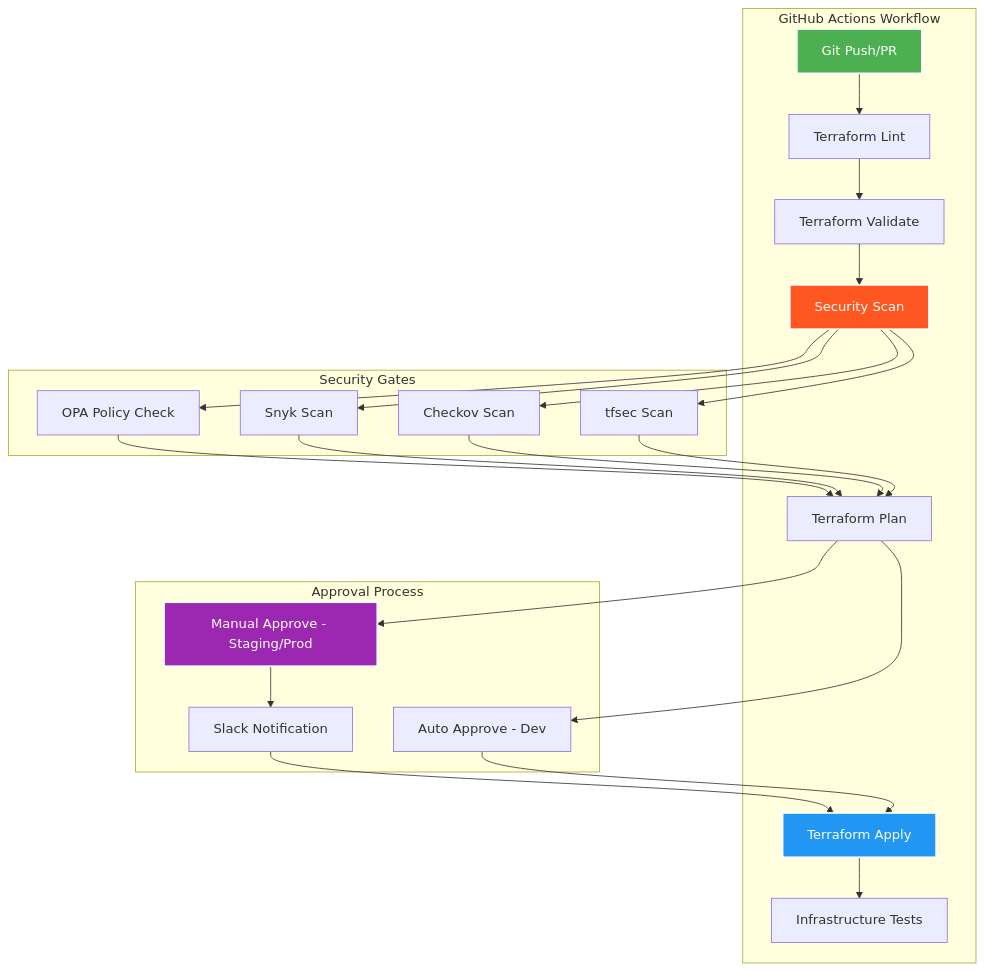
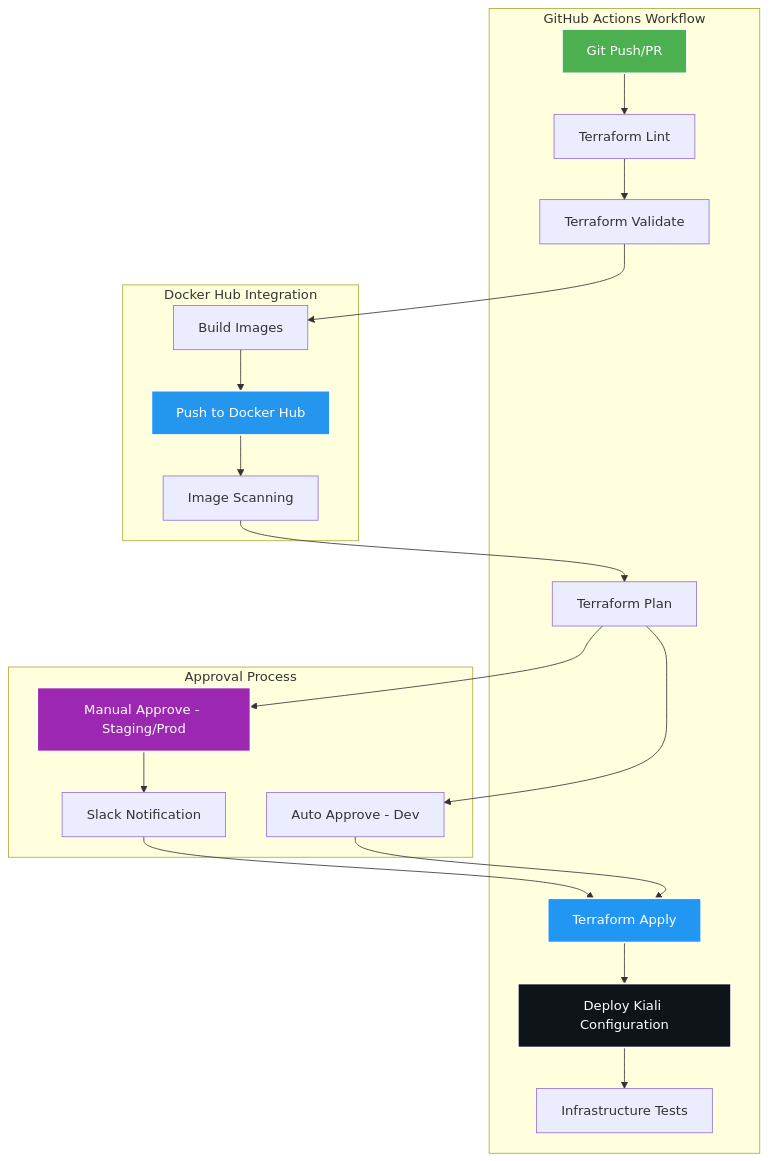
The seventh of 9 diagrams in README.md (Saoudyahya/Ecommerce-App-Terraform-config), drawn with Mermaid before and after one commit. The commit also changed other lines of this file, not shown here.

````diff
--- a/README.md
+++ b/README.md
@@ -621,53 +734,47 @@
 ```mermaid
 graph TB
     subgraph "GitHub Actions Workflow"
         TRIGGER[Git Push/PR]
         LINT[Terraform Lint]
         VALIDATE[Terraform Validate]
-        SECURITY[Security Scan]
         PLAN[Terraform Plan]
         APPLY[Terraform Apply]
         TEST[Infrastructure Tests]
+        KIALI_DEPLOY[Deploy Kiali Configuration]
     end
     
-    subgraph "Security Gates"
-        TFSEC[tfsec Scan]
-        CHECKOV[Checkov Scan]
-        SNYK[Snyk Scan]
-        POLICY[OPA Policy Check]
+    subgraph "Docker Hub Integration"
+        BUILD[Build Images]
+        PUSH[Push to Docker Hub]
+        SCAN[Image Scanning]
     end
     
     subgraph "Approval Process"
         AUTO[Auto Approve - Dev]
         MANUAL[Manual Approve - Staging/Prod]
         SLACK[Slack Notification]
     end
     
     TRIGGER --> LINT
     LINT --> VALIDATE
-    VALIDATE --> SECURITY
-    
-    SECURITY --> TFSEC
-    SECURITY --> CHECKOV
-    SECURITY --> SNYK
-    SECURITY --> POLICY
-    
-    TFSEC --> PLAN
-    CHECKOV --> PLAN
-    SNYK --> PLAN
-    POLICY --> PLAN
+    VALIDATE --> BUILD
+    BUILD --> PUSH
+    PUSH --> SCAN
+    SCAN --> PLAN
     
     PLAN --> AUTO
     PLAN --> MANUAL
     
     AUTO --> APPLY
     MANUAL --> SLACK
     SLACK --> APPLY
     
-    APPLY --> TEST
+    APPLY --> KIALI_DEPLOY
+    KIALI_DEPLOY --> TEST
     
     style TRIGGER fill:#4CAF50,stroke:#fff,stroke-width:2px,color:#fff
-    style SECURITY fill:#FF5722,stroke:#fff,stroke-width:2px,color:#fff
+    style KIALI_DEPLOY fill:#0F1419,stroke:#fff,stroke-width:2px,color:#fff
     style MANUAL fill:#9C27B0,stroke:#fff,stroke-width:2px,color:#fff
     style APPLY fill:#2196F3,stroke:#fff,stroke-width:2px,color:#fff
+    style PUSH fill:#2496ED,stroke:#fff,stroke-width:2px,color:#fff
 ```
````
